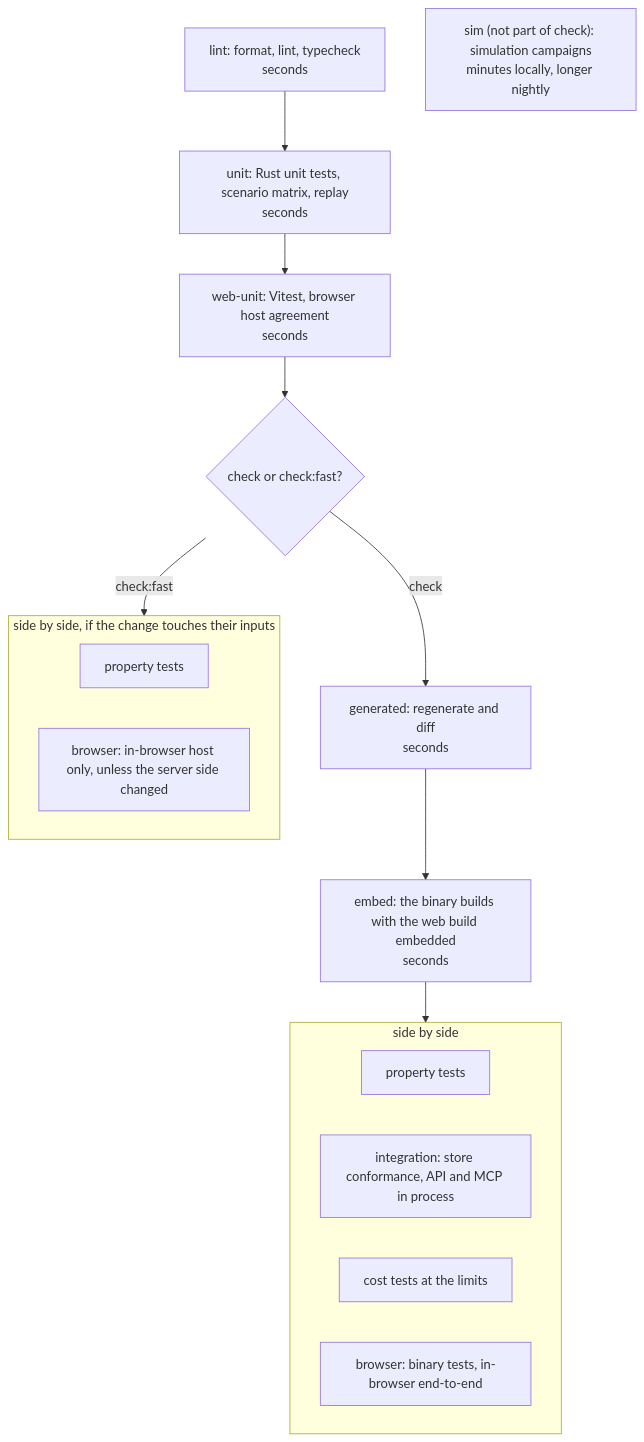
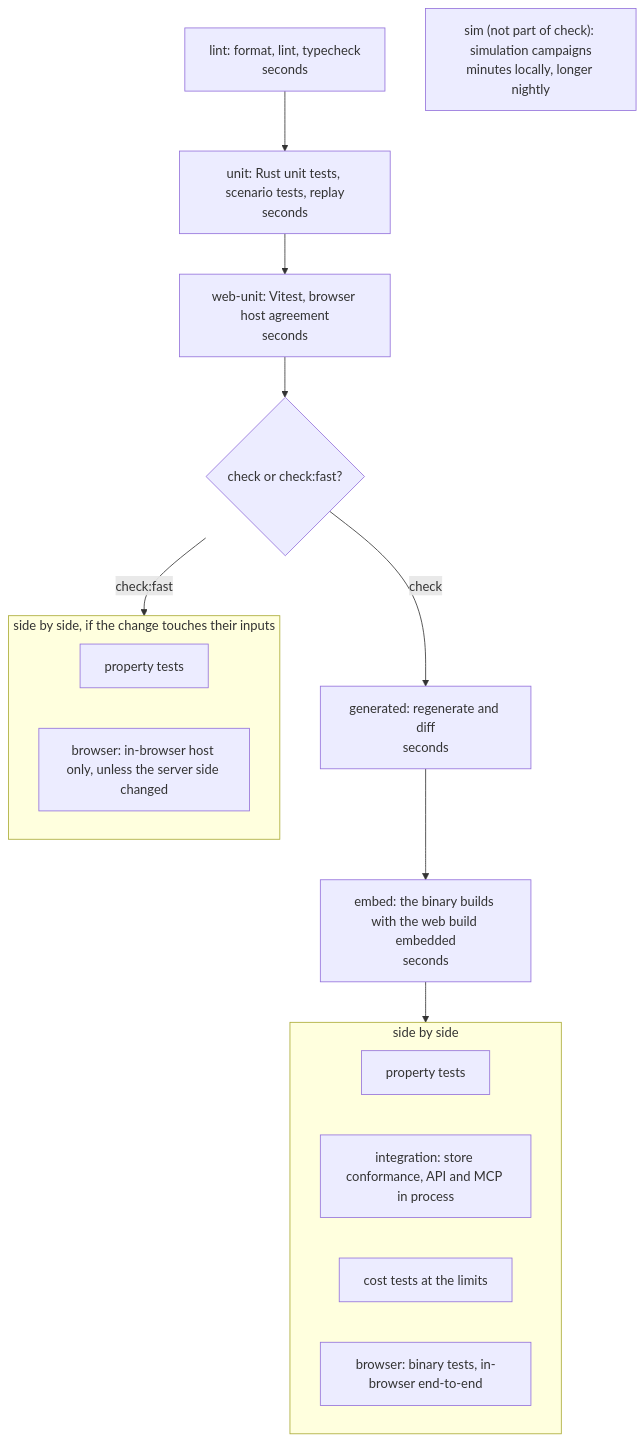
Before and after one commit to JacobHayes/cairn: the diagram in PRACTICES.md, drawn with Mermaid. The commit also changed other lines of this file and 26 other files, not shown here.

````diff
--- a/PRACTICES.md
+++ b/PRACTICES.md
@@ -241,19 +241,19 @@
 ```mermaid
 flowchart TB
-    lint["lint: format, lint, typecheck<br/>seconds"] --> unit["unit: Rust unit tests, scenario matrix, replay<br/>seconds"] --> webunit["web-unit: Vitest, browser host agreement<br/>seconds"]
+    lint["lint: format, lint, typecheck<br/>seconds"] --> unit["unit: Rust unit tests, scenario tests, replay<br/>seconds"] --> webunit["web-unit: Vitest, browser host agreement<br/>seconds"]
     webunit --> gate{"check or check:fast?"}
     gate -- "check" --> generated["generated: regenerate and diff<br/>seconds"]
     generated --> embed["embed: the binary builds with the web build embedded<br/>seconds"] --> all
     subgraph all["side by side"]
         property["property tests"]
         integration["integration: store conformance, API and MCP in process"]
         cost["cost tests at the limits"]
         browser["browser: binary tests, in-browser end-to-end"]
     end
     gate -- "check:fast" --> some
     subgraph some["side by side, if the change touches their inputs"]
         property2["property tests"]
         browser2["browser: in-browser host only, unless the server side changed"]
     end
     sim["sim (not part of check): simulation campaigns<br/>minutes locally, longer nightly"]
 ```
````
